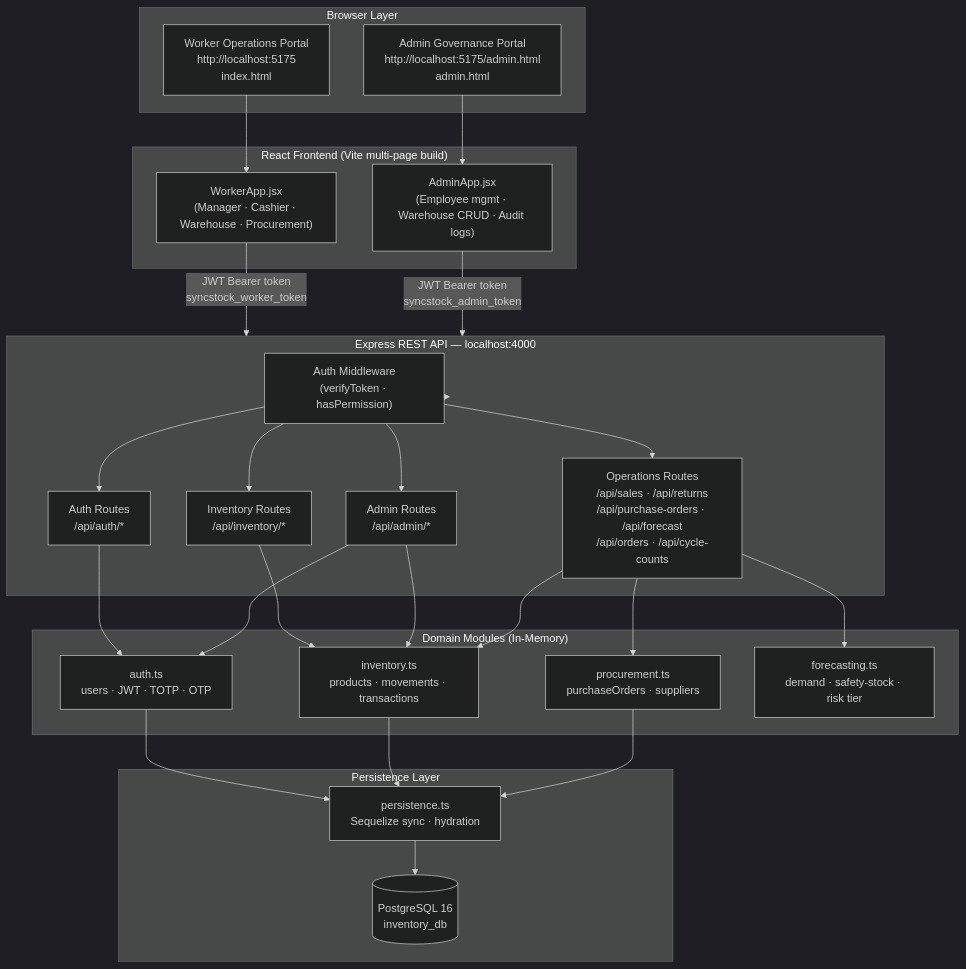
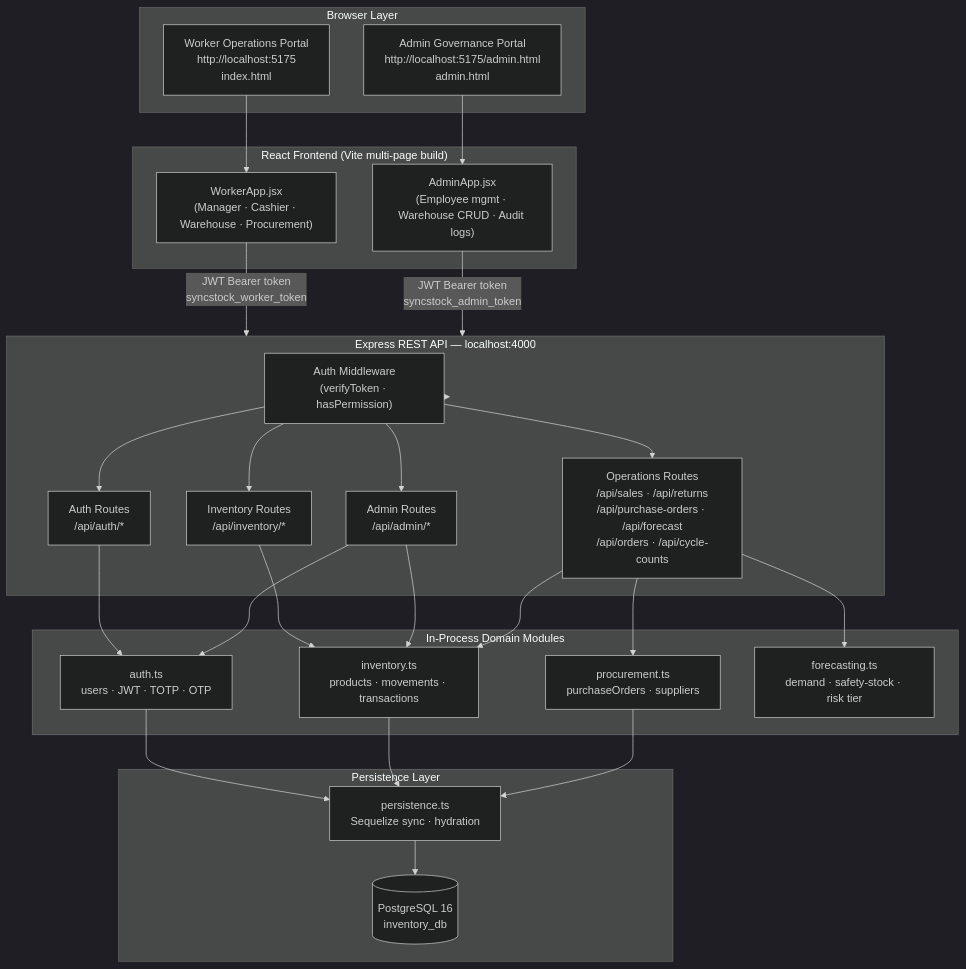
The first of 5 diagrams in Code/README.md (sibbsagentmathonsi-hash/NPRT630), drawn with Mermaid (dark theme) before and after one commit. The commit also changed other lines of this file, not shown here.

````diff
--- a/Code/README.md
+++ b/Code/README.md
@@ -46,53 +79,53 @@
 ```mermaid
 flowchart TD
     subgraph Browser["Browser Layer"]
         WP["Worker Operations Portal\nhttp://localhost:5175\nindex.html"]
         AP["Admin Governance Portal\nhttp://localhost:5175/admin.html\nadmin.html"]
     end
 
     subgraph Frontend["React Frontend (Vite multi-page build)"]
         WA["WorkerApp.jsx\n(Manager · Cashier · Warehouse · Procurement)"]
         AA["AdminApp.jsx\n(Employee mgmt · Warehouse CRUD · Audit logs)"]
     end
 
     subgraph API["Express REST API — localhost:4000"]
         MW["Auth Middleware\n(verifyToken · hasPermission)"]
         AUTH["Auth Routes\n/api/auth/*"]
         INV["Inventory Routes\n/api/inventory/*"]
         ADMIN["Admin Routes\n/api/admin/*"]
         OPS["Operations Routes\n/api/sales · /api/returns\n/api/purchase-orders · /api/forecast\n/api/orders · /api/cycle-counts"]
     end
 
-    subgraph Domain["Domain Modules (In-Memory)"]
+    subgraph Domain["In-Process Domain Modules"]
         AUTH_M["auth.ts\nusers · JWT · TOTP · OTP"]
         INV_M["inventory.ts\nproducts · movements · transactions"]
         PROC_M["procurement.ts\npurchaseOrders · suppliers"]
         FORE_M["forecasting.ts\ndemand · safety-stock · risk tier"]
     end
 
     subgraph Persistence["Persistence Layer"]
         SYNC["persistence.ts\nSequelize sync · hydration"]
         PG[("PostgreSQL 16\ninventory_db")]
     end
 
     WP --> WA
     AP --> AA
     WA -->|"JWT Bearer token\nsyncstock_worker_token"| API
     AA -->|"JWT Bearer token\nsyncstock_admin_token"| API
     API --> MW
     MW --> AUTH
     MW --> INV
     MW --> ADMIN
     MW --> OPS
     AUTH --> AUTH_M
     INV --> INV_M
     ADMIN --> AUTH_M
     ADMIN --> INV_M
     OPS --> INV_M
     OPS --> PROC_M
     OPS --> FORE_M
     AUTH_M --> SYNC
     INV_M --> SYNC
     PROC_M --> SYNC
     SYNC --> PG
 ```
````
